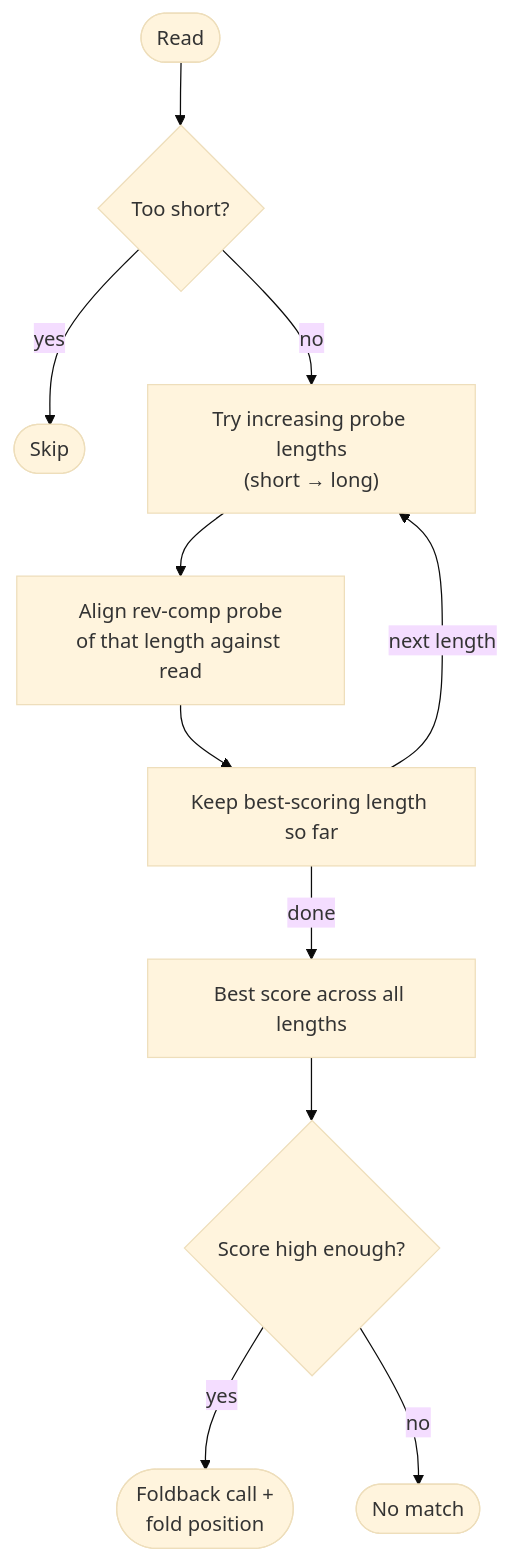
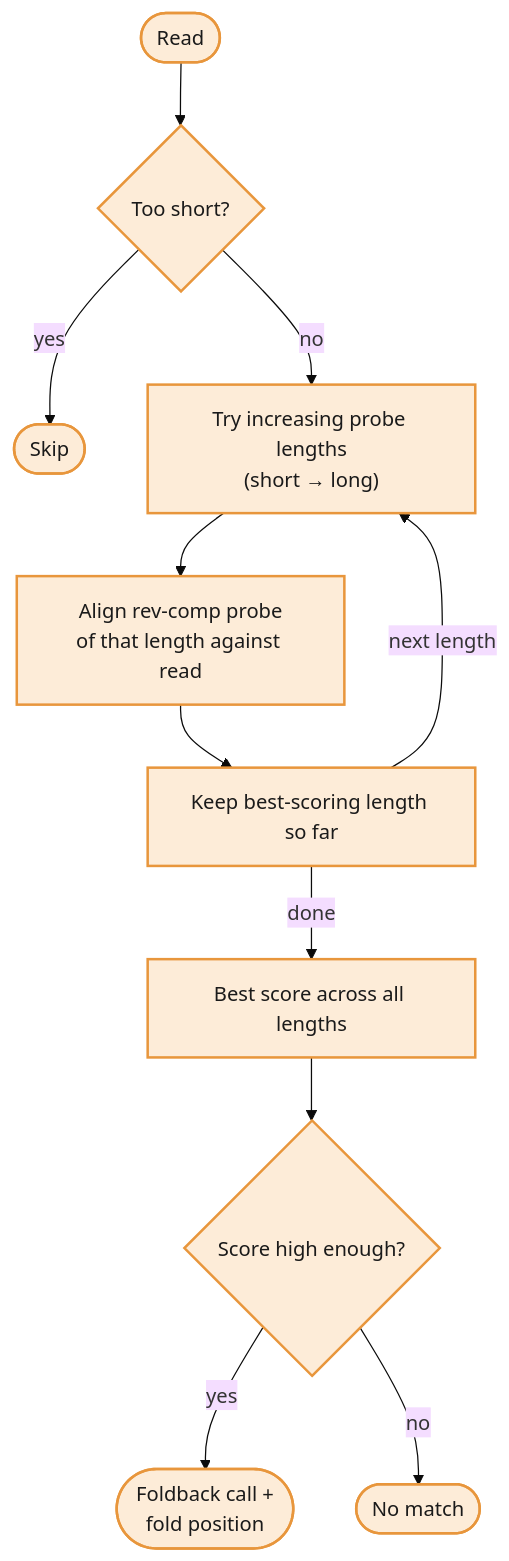
One commit to collaborativebioinformatics/Foldback_hunters changed the third of 4 diagrams in charts.md. Above: the diagram before and after it, drawn with Mermaid (base theme). The commit also changed other lines of this file, not shown here.

````diff
--- a/charts.md
+++ b/charts.md
@@ -54,13 +74,16 @@
 ```mermaid
 flowchart TD
     START([Read]) --> Q1{Too short?}
     Q1 -->|yes| R1([Skip])
     Q1 -->|no| LOOP["Try increasing probe lengths<br/>(short → long)"]
     LOOP --> CALC[Align rev-comp probe<br/>of that length against read]
     CALC --> KEEP[Keep best-scoring length so far]
     KEEP -->|next length| LOOP
     KEEP -->|done| SCORE[Best score across all lengths]
     SCORE --> Q3{Score high enough?}
     Q3 -->|yes| R3([Foldback call +<br/>fold position])
     Q3 -->|no| R2([No match])
+
+    classDef detailC fill:#FDECD8,stroke:#E8963C,stroke-width:2px,color:#1a1a1a;
+    class START,Q1,R1,LOOP,CALC,KEEP,SCORE,Q3,R3,R2 detailC;
 ```
````
